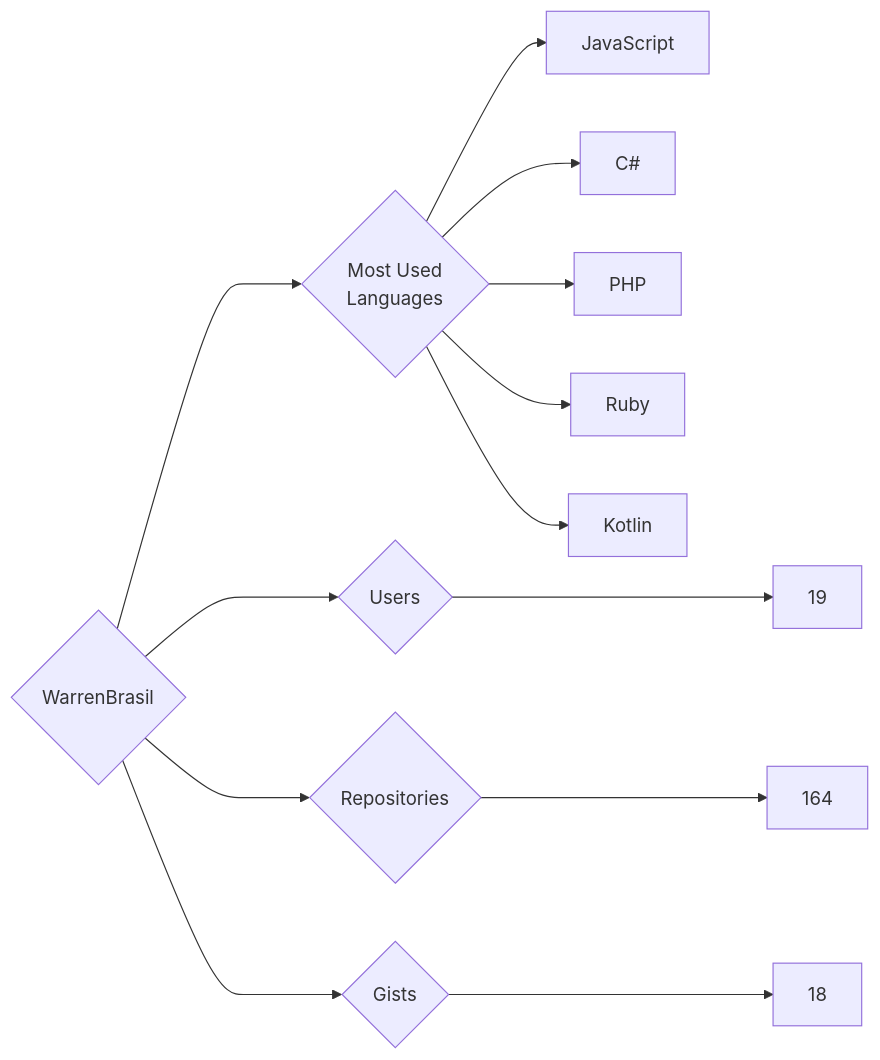
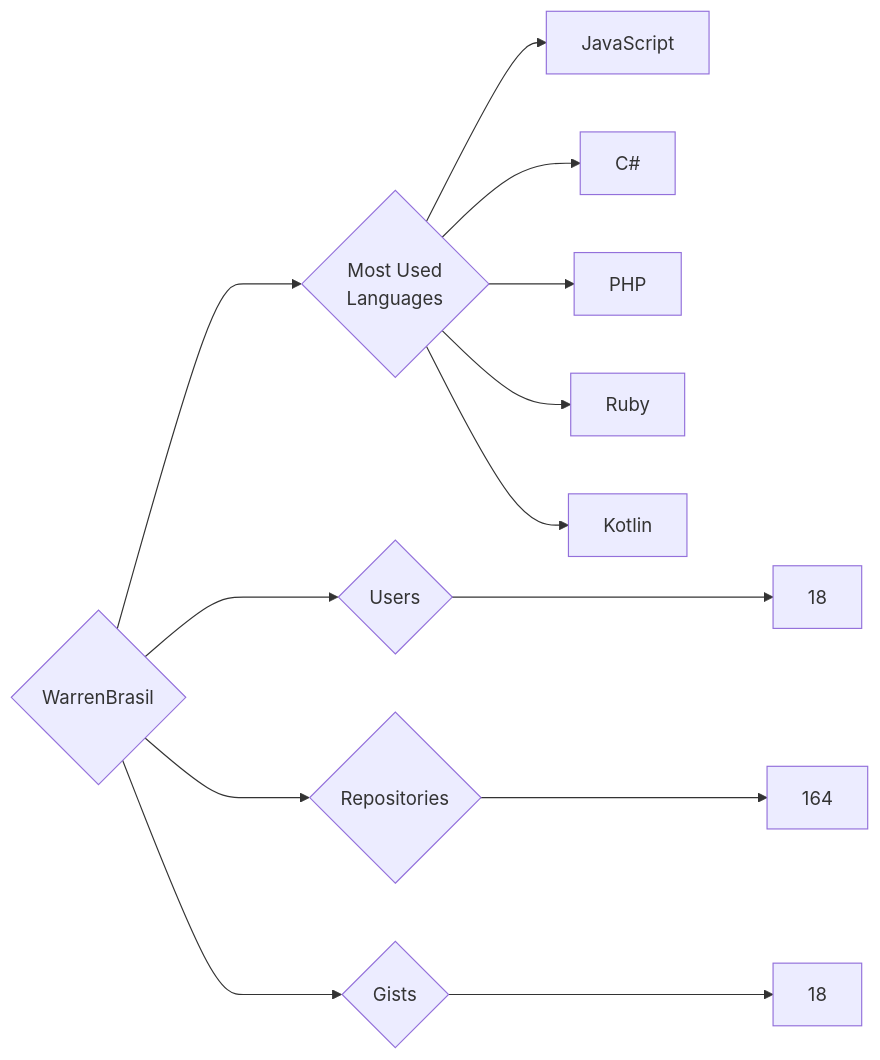
Before and after one commit to trickest/insiders: the diagram in targets/WarrenBrasil/README.md, drawn with Mermaid. The commit also changed 1508 other files, not shown here.

````diff
--- a/targets/WarrenBrasil/README.md
+++ b/targets/WarrenBrasil/README.md
@@ -3,13 +3,13 @@
 ```mermaid
 graph LR
 COMPANY_NAME{WarrenBrasil}
-COMPANY_NAME ---> U{Users} ---> UN[19]
+COMPANY_NAME ---> U{Users} ---> UN[18]
 COMPANY_NAME ---> R{Repositories} ---> RN[164]
 COMPANY_NAME ---> G{Gists} ---> GN[18]
 COMPANY_NAME ---> ML{Most Used<br>Languages}
 ML --> JavaScript[JavaScript]
 ML --> C#[C#]
 ML --> PHP[PHP]
 ML --> Ruby[Ruby]
 ML --> Kotlin[Kotlin]
 ```
````
